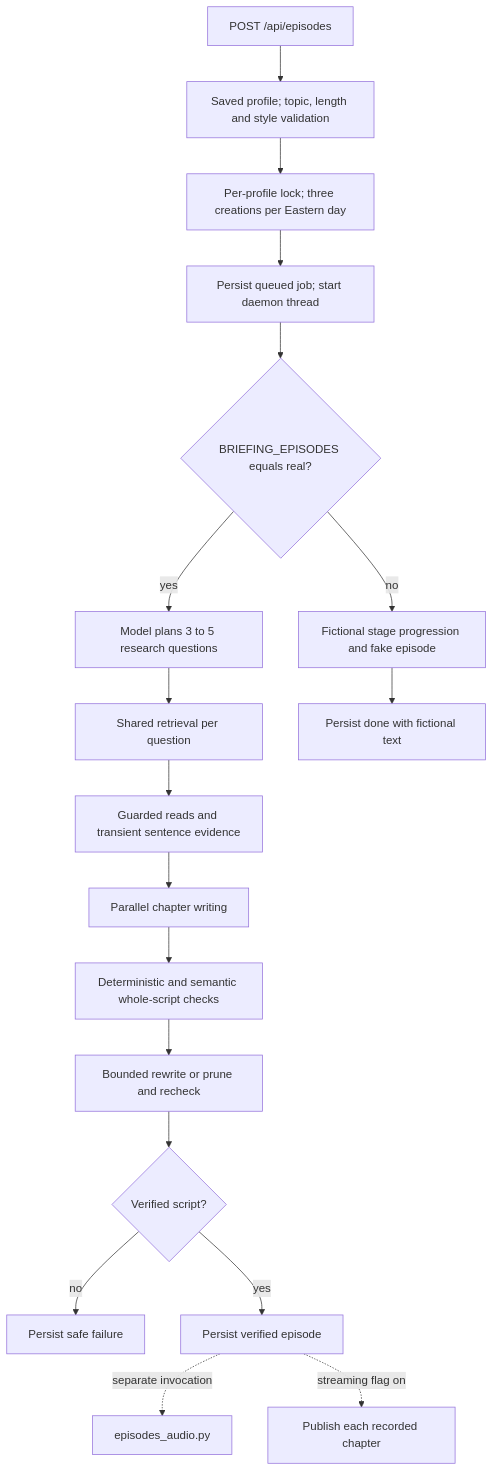
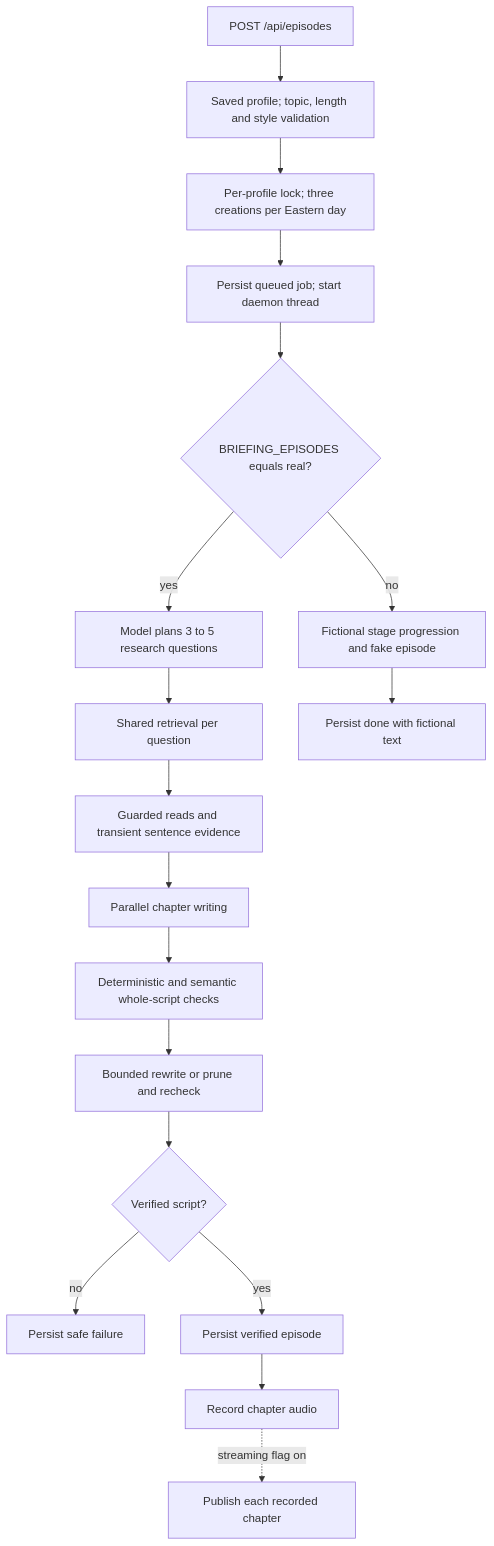
Before and after one commit to BenCBanks/briefing: the third of 5 diagrams in docs/architecture.md, drawn with Mermaid. The commit also changed other lines of this file, not shown here.

Commit message:
Document streaming API behavior

````diff
--- a/docs/architecture.md
+++ b/docs/architecture.md
@@ -130,20 +130,20 @@
 ```mermaid
 flowchart TD
     Request[POST /api/episodes] --> Validate[Saved profile; topic, length and style validation]
     Validate --> Quota[Per-profile lock; three creations per Eastern day]
     Quota --> Persist[Persist queued job; start daemon thread]
     Persist --> Mode{BRIEFING_EPISODES equals real?}
     Mode -- no --> Fake[Fictional stage progression and fake episode]
     Mode -- yes --> Plan[Model plans 3 to 5 research questions]
     Plan --> Search[Shared retrieval per question]
     Search --> Read[Guarded reads and transient sentence evidence]
     Read --> Write[Parallel chapter writing]
     Write --> Verify[Deterministic and semantic whole-script checks]
     Verify --> Repair[Bounded rewrite or prune and recheck]
     Repair --> Result{Verified script?}
     Result -- no --> Failed[Persist safe failure]
     Result -- yes --> Text[Persist verified episode]
+    Text --> Audio[Record chapter audio]
     Fake --> FixtureDone[Persist done with fictional text]
-    Text -. separate invocation .-> Audio[episodes_audio.py]
-Text -. streaming flag on .-> Stream[Publish each recorded chapter]
+    Audio -. streaming flag on .-> Stream[Publish each recorded chapter]
 ```
````
